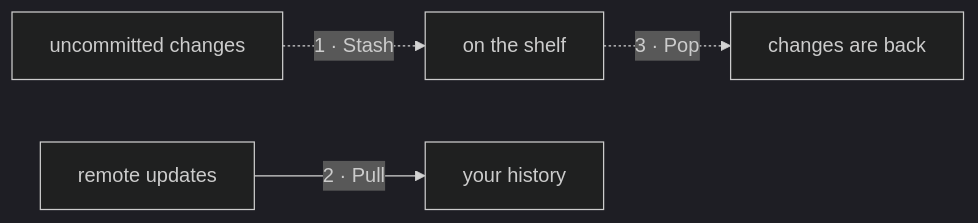
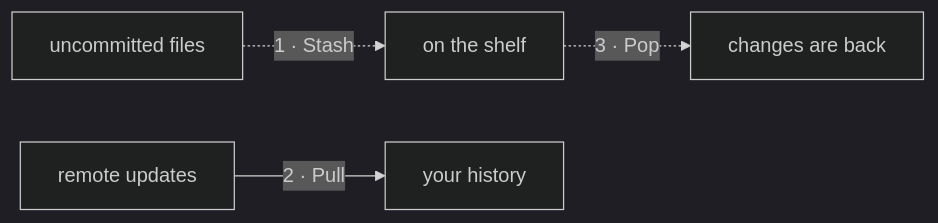
Before and after one commit to Ackii-Lo/2627-weekly-session: diagram 15 of 16 in Contents/S02-20261030-Git/Slides.md, drawn with Mermaid (dark theme).

Commit message:
chore: shorten block

````diff
--- a/Contents/S02-20261030-Git/Slides.md
+++ b/Contents/S02-20261030-Git/Slides.md
@@ -1438,6 +1438,6 @@
 ```mermaid
 graph LR
-  W["uncommitted changes"] -.->|"1 · Stash"| ST["on the shelf"]
+  W["uncommitted files"] -.->|"1 · Stash"| ST["on the shelf"]
   R["remote updates"] -->|"2 · Pull"| L["your history"]
   ST -.->|"3 · Pop"| W2["changes are back"]
 ```
````
